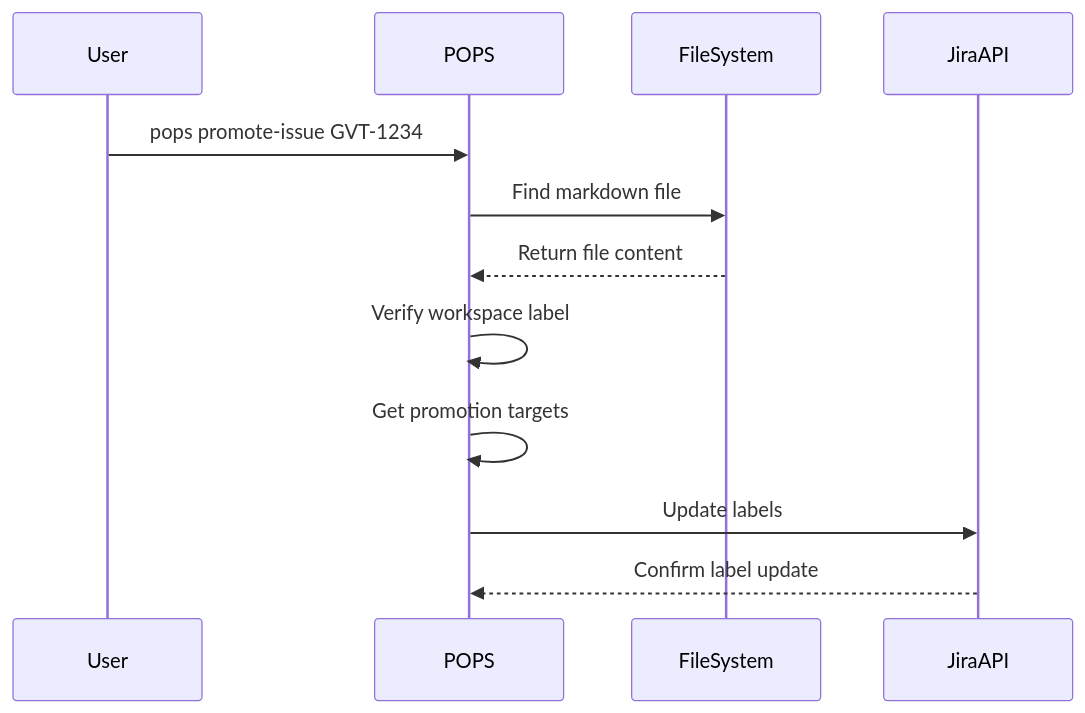
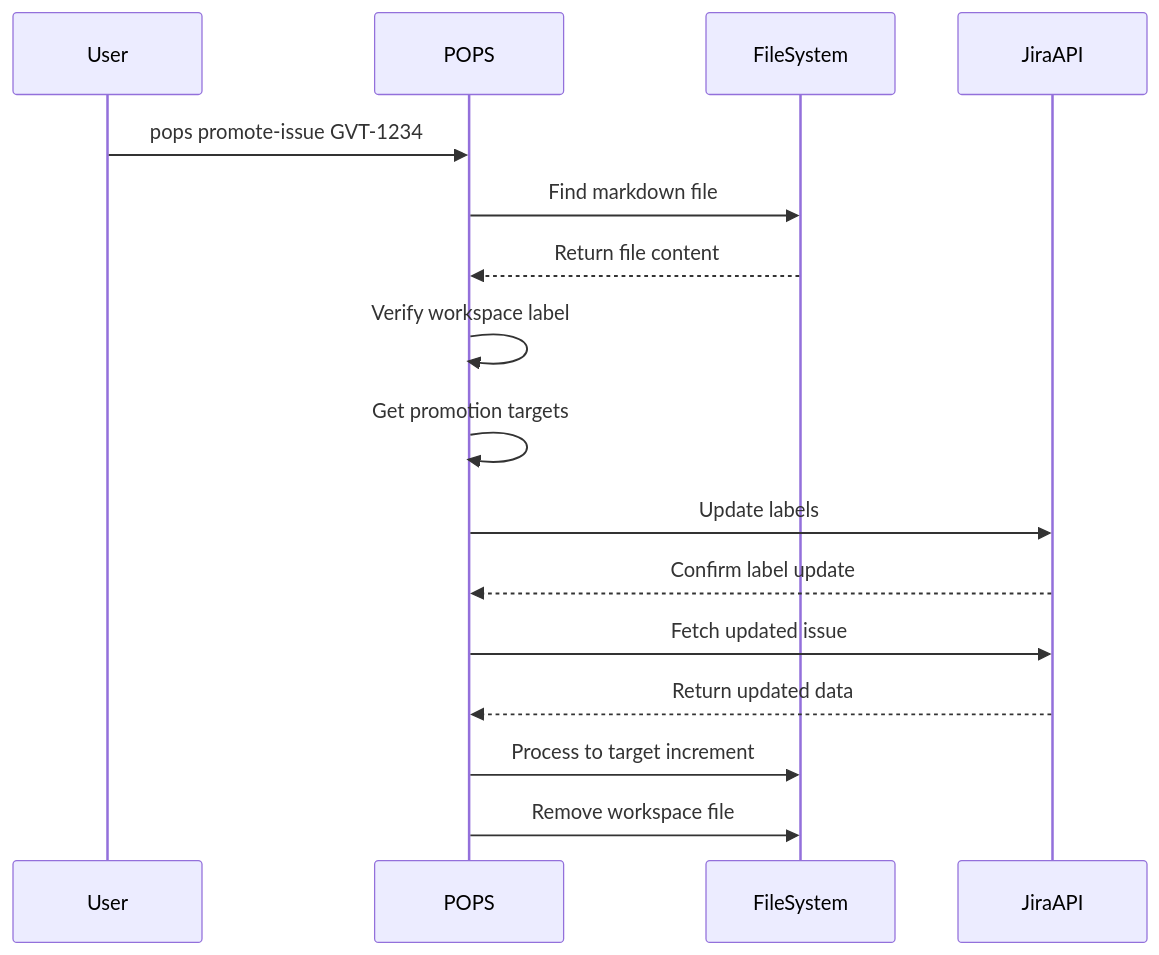
The fifth of 9 diagrams in docs/command-data-flow.md (vyasraos/pops), drawn with Mermaid before and after one commit. The commit also changed other lines of this file and 1 other file, not shown here.

Commit message:
docs: update promotion process documentation with file cleanup
- Add file cleanup step to promotion process documentation
- Update data flow diagrams to show workspace file removal
- Reflect the fix for proper workspace file cleanup after promotion

````diff
--- a/docs/command-data-flow.md
+++ b/docs/command-data-flow.md
@@ -116,15 +117,19 @@
 ```mermaid
 sequenceDiagram
     participant User
     participant POPS
     participant FileSystem
     participant JiraAPI
     
     User->>POPS: pops promote-issue GVT-1234
     POPS->>FileSystem: Find markdown file
     FileSystem-->>POPS: Return file content
     POPS->>POPS: Verify workspace label
     POPS->>POPS: Get promotion targets
     POPS->>JiraAPI: Update labels
     JiraAPI-->>POPS: Confirm label update
+    POPS->>JiraAPI: Fetch updated issue
+    JiraAPI-->>POPS: Return updated data
+    POPS->>FileSystem: Process to target increment
+    POPS->>FileSystem: Remove workspace file
 ```
````
